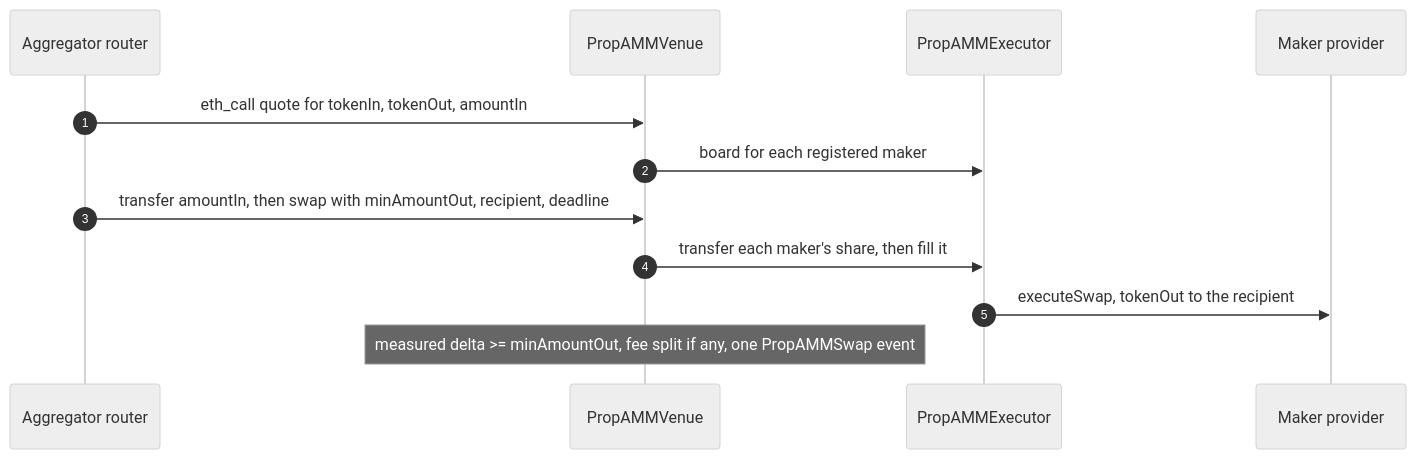
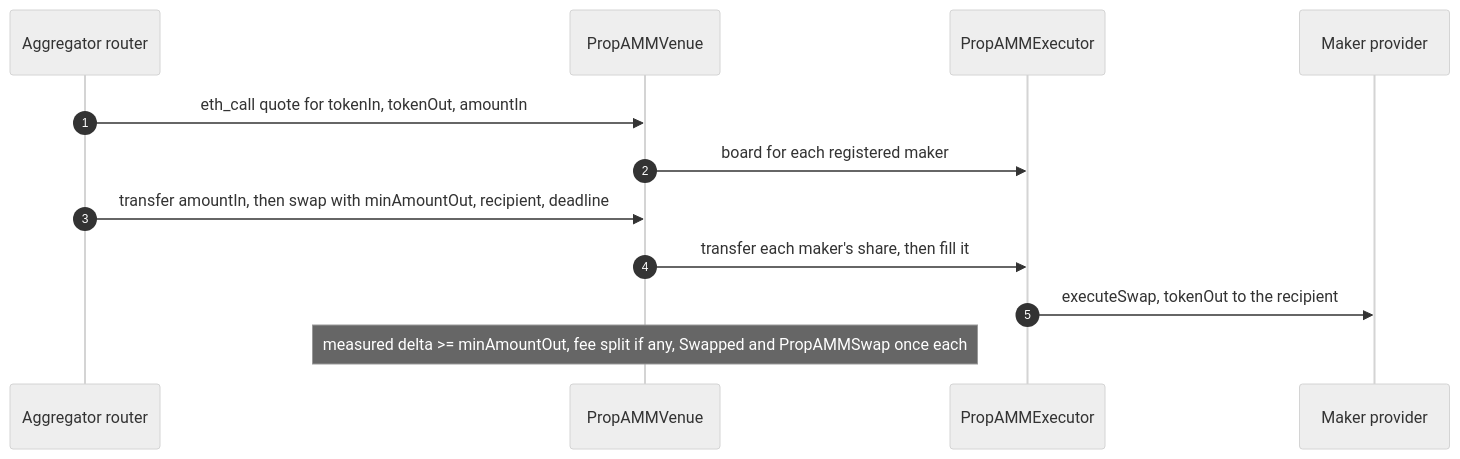
One commit to bcnmy/propamm-protocol-docs changed the third of 4 diagrams in docs/architecture.md. Above: the diagram before and after it, drawn with Mermaid (neutral theme). The commit also changed other lines of this file and 6 other files, not shown here.

````diff
--- a/docs/architecture.md
+++ b/docs/architecture.md
@@ -162,15 +165,15 @@
 ```mermaid
 sequenceDiagram
     autonumber
     participant A as Aggregator router
     participant V as PropAMMVenue
     participant E as PropAMMExecutor
     participant P as Maker provider
 
     A->>V: eth_call quote for tokenIn, tokenOut, amountIn
     V->>E: board for each registered maker
     A->>V: transfer amountIn, then swap with minAmountOut, recipient, deadline
     V->>E: transfer each maker's share, then fill it
     E->>P: executeSwap, tokenOut to the recipient
-    Note over V: measured delta >= minAmountOut, fee split if any, one PropAMMSwap event
+    Note over V: measured delta >= minAmountOut, fee split if any, Swapped and PropAMMSwap once each
 ```
````
